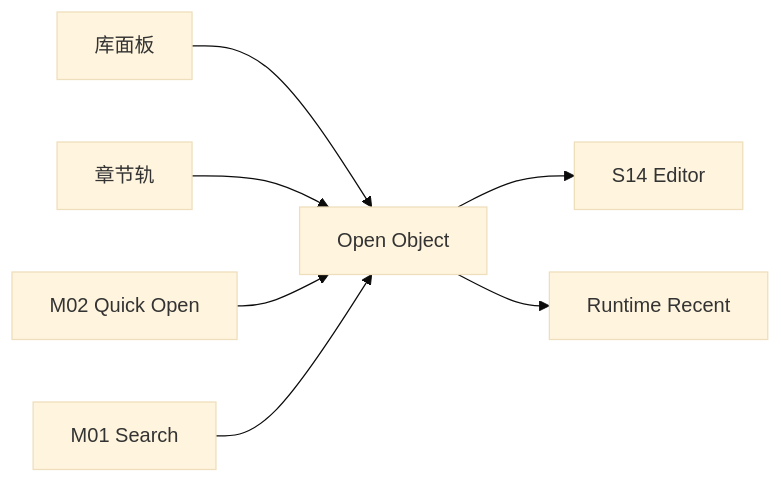
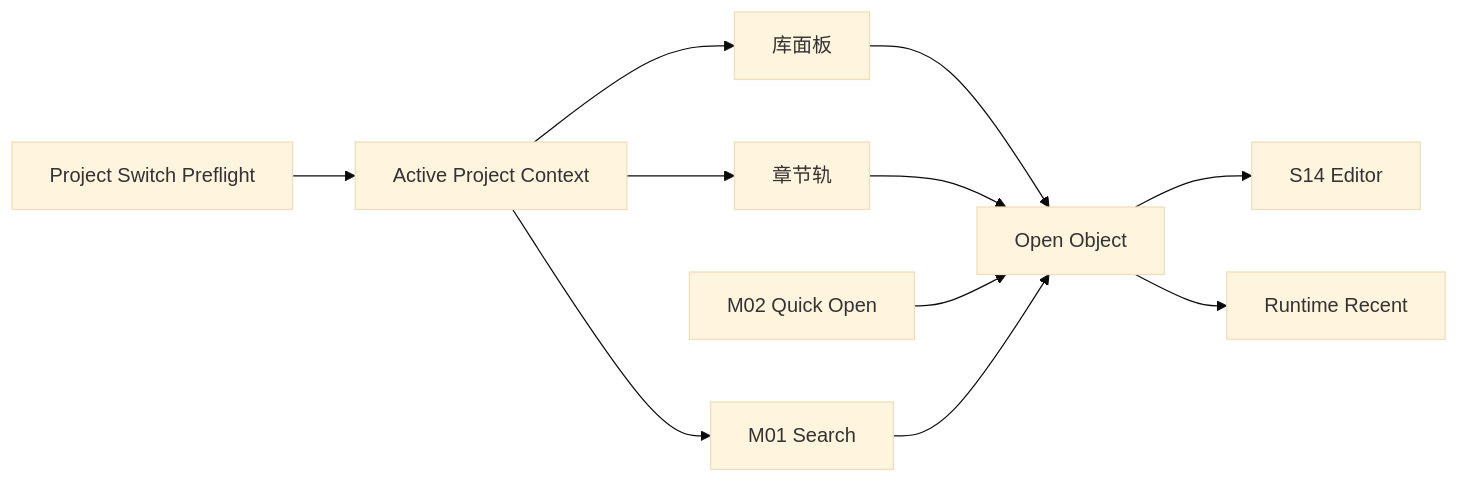
One commit to jinhuang712/open-novel changed the diagram in spec/M16-project-library-and-navigation.md. Above: the diagram before and after it, drawn with Mermaid (base theme). The commit also changed other lines of this file and 6 other files, not shown here.

Commit message:
docs: close project switch isolation todo

````diff
--- a/spec/M16-project-library-and-navigation.md
+++ b/spec/M16-project-library-and-navigation.md
@@ -17,9 +19,13 @@
 ```mermaid
 flowchart LR
+  ProjectGate[Project Switch Preflight] --> ProjectContext[Active Project Context]
   Library[库面板] --> Open[Open Object]
   Rail[章节轨] --> Open
   Quick[M02 Quick Open] --> Open
   Search[M01 Search] --> Open
   Open --> Editor[S14 Editor]
   Open --> Recent[Runtime Recent]
+  ProjectContext --> Library
+  ProjectContext --> Rail
+  ProjectContext --> Search
 ```
````
